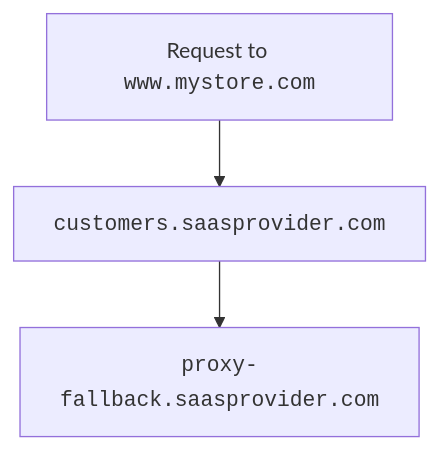
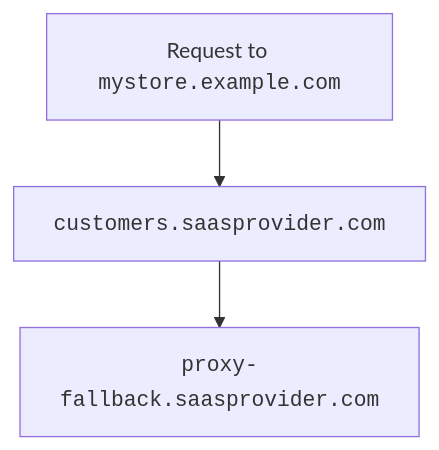
One commit to rdhanarot/cloudflare-docs changed the diagram in src/content/docs/cloudflare-for-platforms/cloudflare-for-saas/start/getting-started.mdx. Above: the diagram before and after it, drawn with Mermaid. The commit also changed other lines of this file and 3 other files, not shown here.

````diff
--- a/src/content/docs/cloudflare-for-platforms/cloudflare-for-saas/start/getting-started.mdx
+++ b/src/content/docs/cloudflare-for-platforms/cloudflare-for-saas/start/getting-started.mdx
@@ -61,6 +61,6 @@
 ```mermaid
 flowchart TD
 accTitle: How traffic routing works with a CNAME target
-A[Request to <code>www.mystore.com</code>] --> B[<code>customers.saasprovider.com</code>]
+A[Request to <code>mystore.example.com</code>] --> B[<code>customers.saasprovider.com</code>]
 B --> C[<code>proxy-fallback.saasprovider.com</code>]
 ```
````
